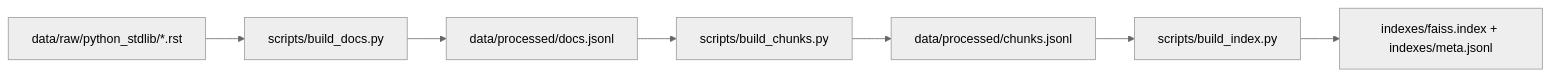
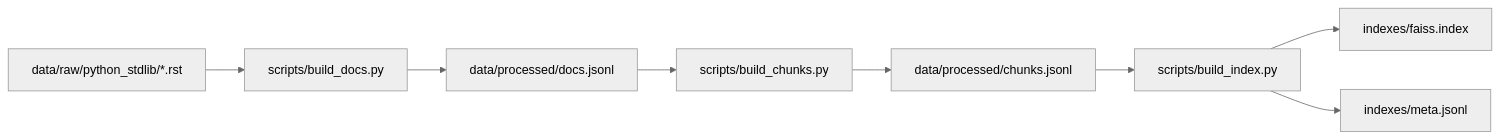
One commit to VinaySampath14/enterprise-knowledge-assistant changed the second of 2 diagrams in README.md. Above: the diagram before and after it, drawn with Mermaid (neutral theme). The commit also changed other lines of this file and 1905 other files, not shown here.

````diff
--- a/README.md
+++ b/README.md
@@ -41,9 +81,10 @@
 ```mermaid
 graph LR
     RAW[data/raw/python_stdlib/*.rst] --> D[scripts/build_docs.py]
     D --> DOCS[data/processed/docs.jsonl]
     DOCS --> CH[scripts/build_chunks.py]
     CH --> CHUNKS[data/processed/chunks.jsonl]
     CHUNKS --> IDX[scripts/build_index.py]
-    IDX --> FAISS[indexes/faiss.index + indexes/meta.jsonl]
+    IDX --> FAISS[indexes/faiss.index]
+    IDX --> META[indexes/meta.jsonl]
 ```
````
